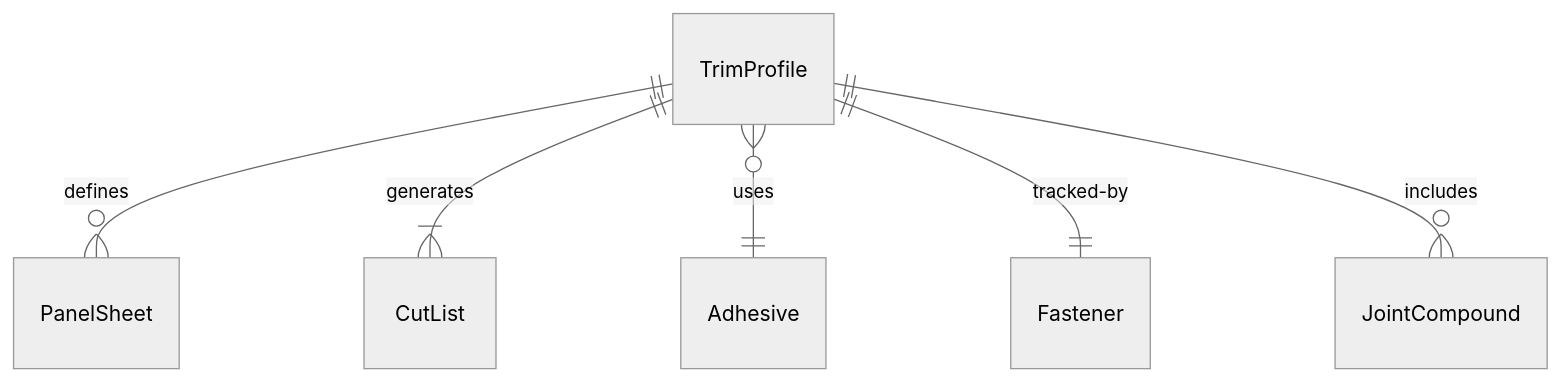
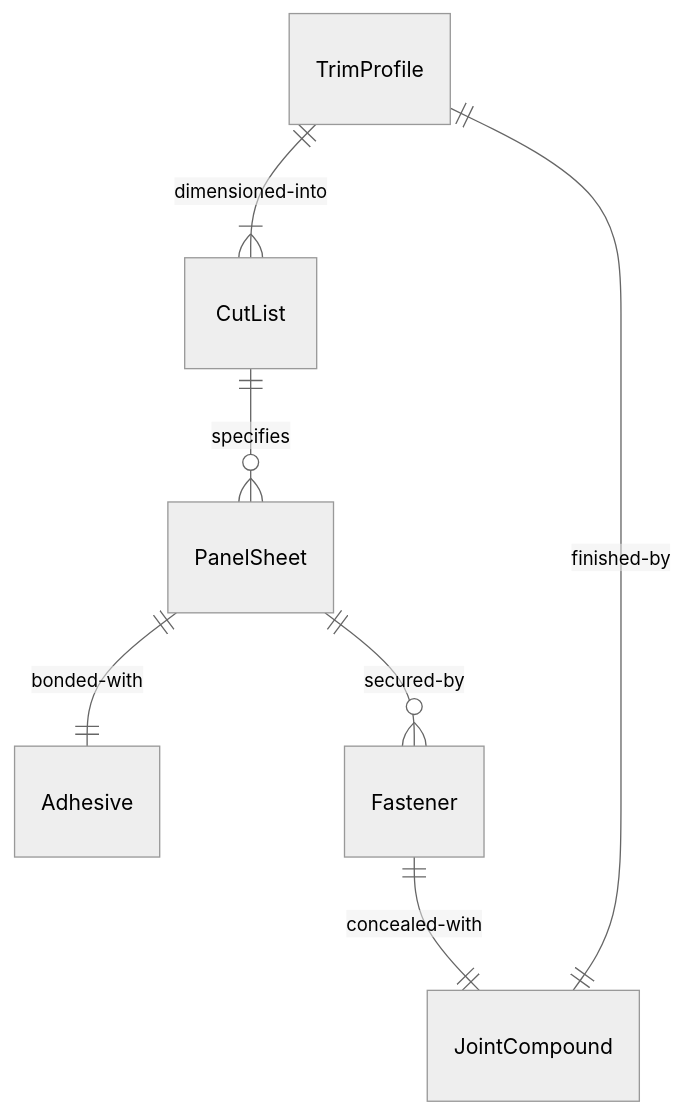
One commit to dot-org-ai/tasks.org.ai changed the first of 4 diagrams in HandlingAndMovingObjects/BuildStructures/InstallTrimPaneling.mdx. Above: the diagram before and after it, drawn with Mermaid (neutral theme). The commit also changed other lines of this file and 515 other files, not shown here.

````diff
--- a/HandlingAndMovingObjects/BuildStructures/InstallTrimPaneling.mdx
+++ b/HandlingAndMovingObjects/BuildStructures/InstallTrimPaneling.mdx
@@ -87,8 +87,9 @@
 ```mermaid
 erDiagram
-    TrimProfile ||--o{ PanelSheet : "defines"
-    TrimProfile ||--|{ CutList : "generates"
-    TrimProfile }o--|| Adhesive : "uses"
-    TrimProfile ||--|| Fastener : "tracked-by"
-    TrimProfile ||--o{ JointCompound : "includes"
+    TrimProfile ||--|{ CutList : "dimensioned-into"
+    CutList ||--o{ PanelSheet : "specifies"
+    PanelSheet ||--|| Adhesive : "bonded-with"
+    PanelSheet ||--o{ Fastener : "secured-by"
+    Fastener ||--|| JointCompound : "concealed-with"
+    TrimProfile ||--|| JointCompound : "finished-by"
 ```
````
